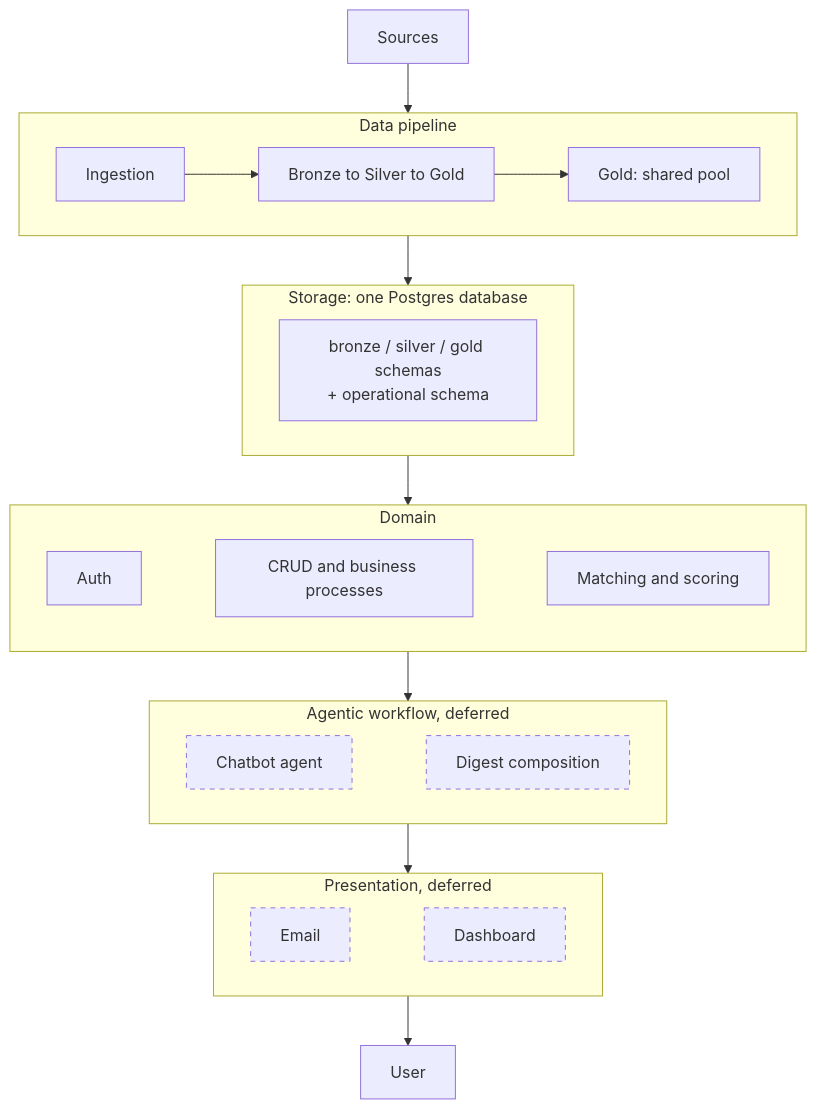
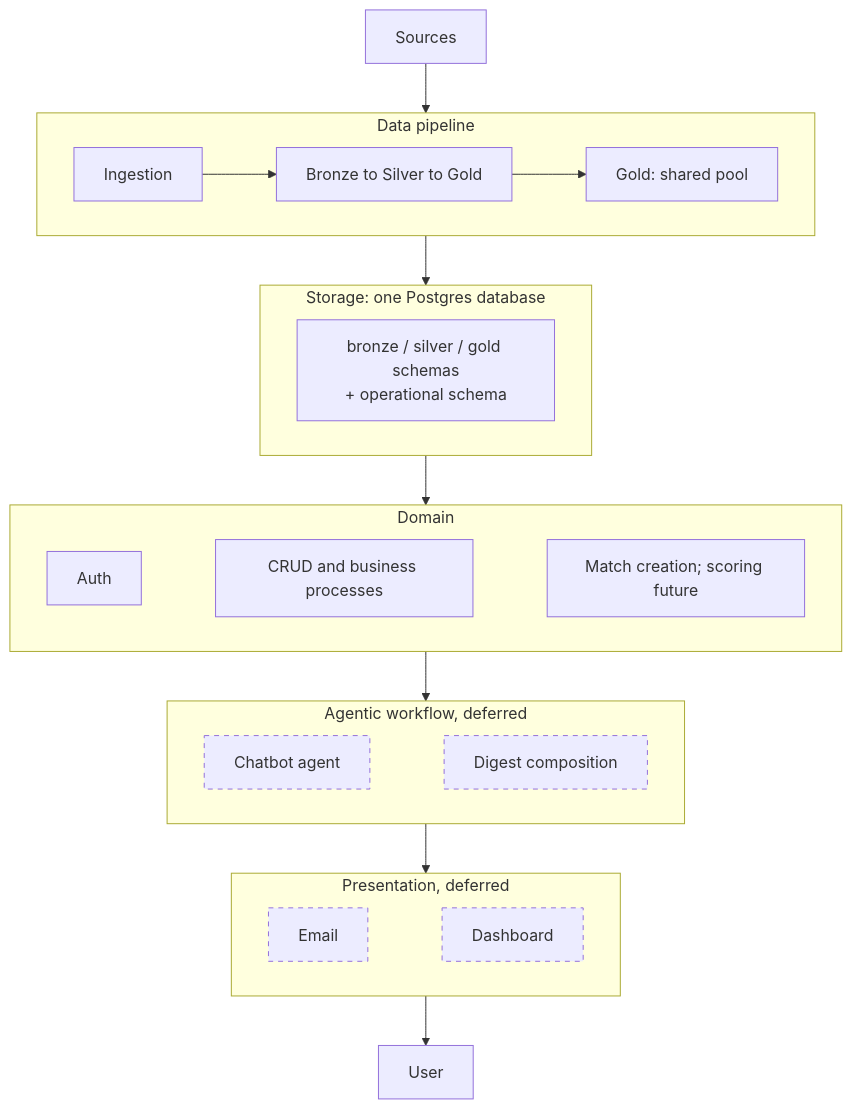
One commit to KhaledAwashreh/Huginn changed the first of 4 diagrams in docs/architecture.md. Above: the diagram before and after it, drawn with Mermaid. The commit also changed other lines of this file and 90 other files, not shown here.

````diff
--- a/docs/architecture.md
+++ b/docs/architecture.md
@@ -53,36 +53,36 @@
 ```mermaid
 flowchart TB
     SRC["Sources"]
 
     subgraph PIPE["Data pipeline"]
         direction LR
         ING["Ingestion"] --> TRN["Bronze to Silver to Gold"] --> POOL["Gold: shared pool"]
     end
 
     subgraph STORE["Storage: one Postgres database"]
         direction LR
         PG["bronze / silver / gold schemas<br/>+ operational schema"]
     end
 
     subgraph DOMAIN["Domain"]
         direction LR
-        AUTH["Auth"] ~~~ CRUD["CRUD and business processes"] ~~~ SCORE["Matching and scoring"]
+        AUTH["Auth"] ~~~ CRUD["CRUD and business processes"] ~~~ SCORE["Match creation; scoring future"]
     end
 
     subgraph AGENT["Agentic workflow, deferred"]
         direction LR
         CHAT["Chatbot agent"] ~~~ DIGEST["Digest composition"]
     end
 
     subgraph PRES["Presentation, deferred"]
         direction LR
         MAIL["Email"] ~~~ DASH["Dashboard"]
     end
 
     USR["User"]
 
     SRC --> PIPE --> STORE --> DOMAIN --> AGENT --> PRES --> USR
 
     classDef deferred stroke-dasharray: 5 5
     class CHAT,DIGEST,MAIL,DASH deferred
 ```
````
